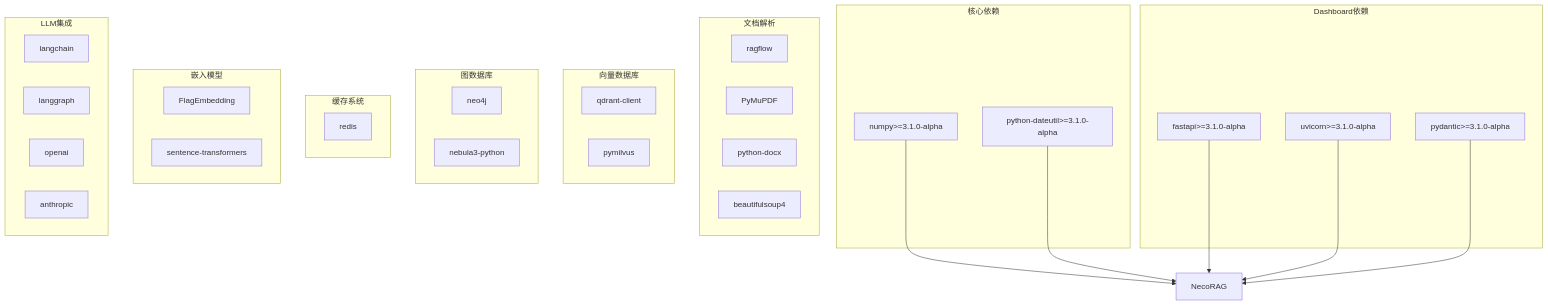
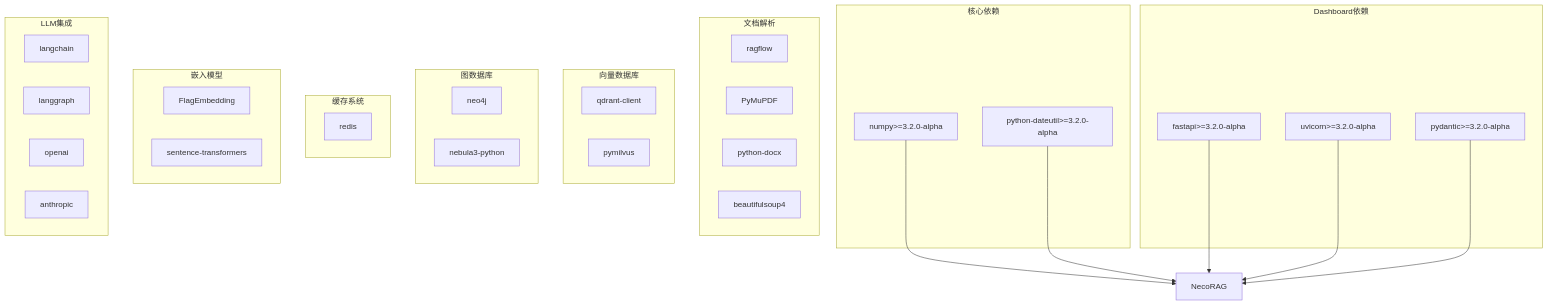
The eighth of 8 diagrams in wiki/wiki/项目概述/快速开始指南.md (JieGaoPrinceton/NecoRAG), drawn with Mermaid before and after one commit. The commit also changed other lines of this file and 73 other files, not shown here.

````diff
--- a/wiki/wiki/项目概述/快速开始指南.md
+++ b/wiki/wiki/项目概述/快速开始指南.md
@@ -435,44 +435,44 @@
 ```mermaid
 graph TB
 subgraph "核心依赖"
-A[numpy>=3.1.0-alpha]
-B[python-dateutil>=3.1.0-alpha]
+A[numpy>=3.2.0-alpha]
+B[python-dateutil>=3.2.0-alpha]
 end
 subgraph "Dashboard依赖"
-C[fastapi>=3.1.0-alpha]
-D[uvicorn>=3.1.0-alpha]
-E[pydantic>=3.1.0-alpha]
+C[fastapi>=3.2.0-alpha]
+D[uvicorn>=3.2.0-alpha]
+E[pydantic>=3.2.0-alpha]
 end
 subgraph "文档解析"
 F[ragflow]
 G[PyMuPDF]
 H[python-docx]
 I[beautifulsoup4]
 end
 subgraph "向量数据库"
 J[qdrant-client]
 K[pymilvus]
 end
 subgraph "图数据库"
 L[neo4j]
 M[nebula3-python]
 end
 subgraph "缓存系统"
 N[redis]
 end
 subgraph "嵌入模型"
 O[FlagEmbedding]
 P[sentence-transformers]
 end
 subgraph "LLM集成"
 Q[langchain]
 R[langgraph]
 S[openai]
 T[anthropic]
 end
 A --> U[NecoRAG]
 B --> U
 C --> U
 D --> U
 E --> U
 ```
````
